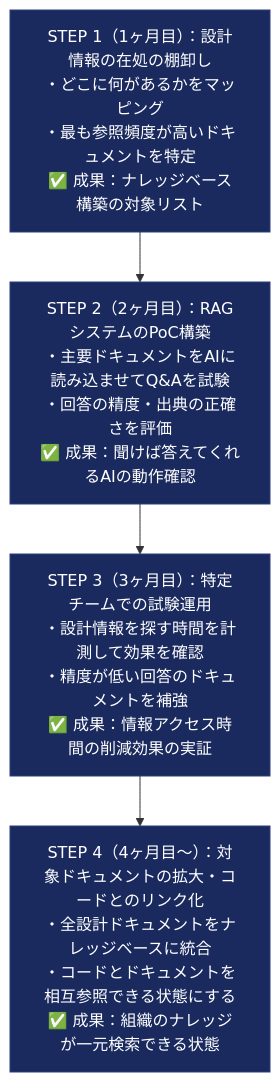
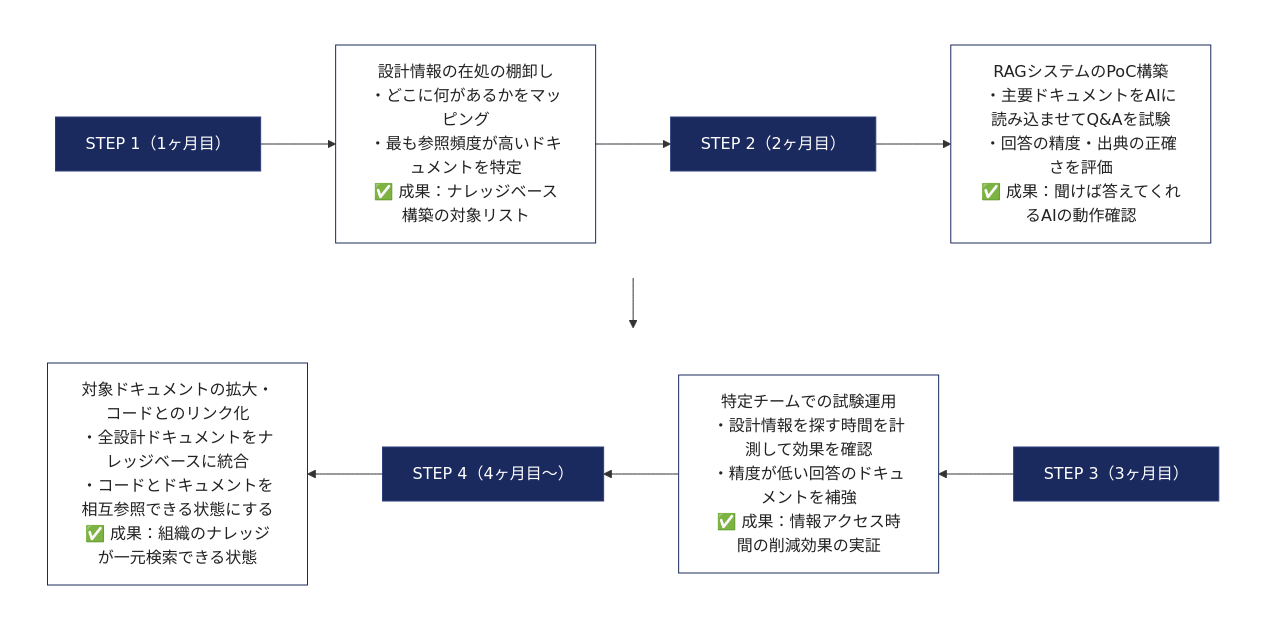
Before and after one commit to Kengo55555/My_Study: the sixth of 10 diagrams in AI_Idea/AI_ADOPTION_PROPOSAL.md, drawn with Mermaid. The commit also changed other lines of this file and 1 other file, not shown here.

Commit message:
Refactor proposal: bullet points, コ字 Mermaid layout, navy titles / white content nodes

````diff
--- a/AI_Idea/AI_ADOPTION_PROPOSAL.md
+++ b/AI_Idea/AI_ADOPTION_PROPOSAL.md
@@ -210,10 +281,22 @@
 ```mermaid
 flowchart TD
-    S1["STEP 1（1ヶ月目）：設計情報の在処の棚卸し<br/>・どこに何があるかをマッピング<br/>・最も参照頻度が高いドキュメントを特定<br/>✅ 成果：ナレッジベース構築の対象リスト"]
-    S2["STEP 2（2ヶ月目）：RAGシステムのPoC構築<br/>・主要ドキュメントをAIに読み込ませてQ&Aを試験<br/>・回答の精度・出典の正確さを評価<br/>✅ 成果：聞けば答えてくれるAIの動作確認"]
-    S3["STEP 3（3ヶ月目）：特定チームでの試験運用<br/>・設計情報を探す時間を計測して効果を確認<br/>・精度が低い回答のドキュメントを補強<br/>✅ 成果：情報アクセス時間の削減効果の実証"]
-    S4["STEP 4（4ヶ月目〜）：対象ドキュメントの拡大・コードとのリンク化<br/>・全設計ドキュメントをナレッジベースに統合<br/>・コードとドキュメントを相互参照できる状態にする<br/>✅ 成果：組織のナレッジが一元検索できる状態"]
-    S1 --> S2 --> S3 --> S4
-    classDef stepNode fill:#1a2a5e,stroke:#2c3e7a,color:#fff
-    class S1,S2,S3,S4 stepNode
+    subgraph row1[" "]
+        direction LR
+        T1["STEP 1（1ヶ月目）"] --> C1["設計情報の在処の棚卸し<br/>・どこに何があるかをマッピング<br/>・最も参照頻度が高いドキュメントを特定<br/>✅ 成果：ナレッジベース構築の対象リスト"]
+        C1 --> T2["STEP 2（2ヶ月目）"]
+        T2 --> C2["RAGシステムのPoC構築<br/>・主要ドキュメントをAIに読み込ませてQ&Aを試験<br/>・回答の精度・出典の正確さを評価<br/>✅ 成果：聞けば答えてくれるAIの動作確認"]
+    end
+    subgraph row2[" "]
+        direction RL
+        T3["STEP 3（3ヶ月目）"] --> C3["特定チームでの試験運用<br/>・設計情報を探す時間を計測して効果を確認<br/>・精度が低い回答のドキュメントを補強<br/>✅ 成果：情報アクセス時間の削減効果の実証"]
+        C3 --> T4["STEP 4（4ヶ月目〜）"]
+        T4 --> C4["対象ドキュメントの拡大・コードとのリンク化<br/>・全設計ドキュメントをナレッジベースに統合<br/>・コードとドキュメントを相互参照できる状態にする<br/>✅ 成果：組織のナレッジが一元検索できる状態"]
+    end
+    C2 --> T3
+    style row1 fill:transparent,stroke:transparent,color:transparent
+    style row2 fill:transparent,stroke:transparent,color:transparent
+    classDef title fill:#1a2a5e,stroke:#2c3e7a,color:#fff
+    classDef content fill:#fff,stroke:#1a2a5e,color:#222
+    class T1,T2,T3,T4 title
+    class C1,C2,C3,C4 content
 ```
````
